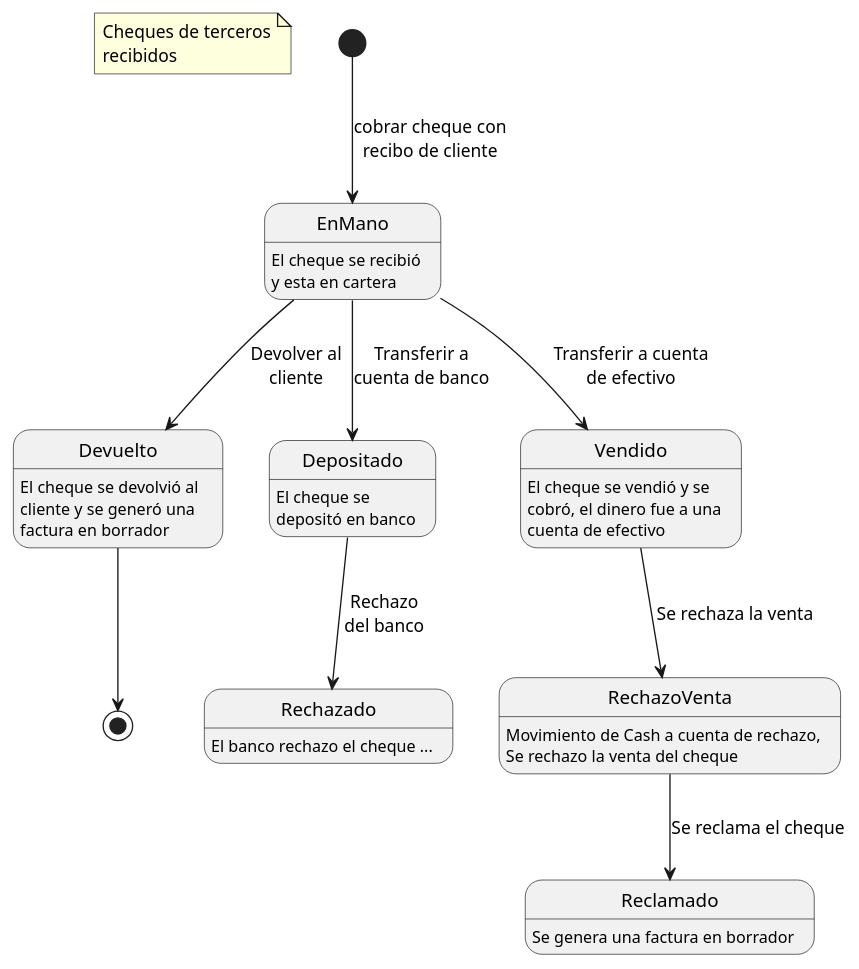
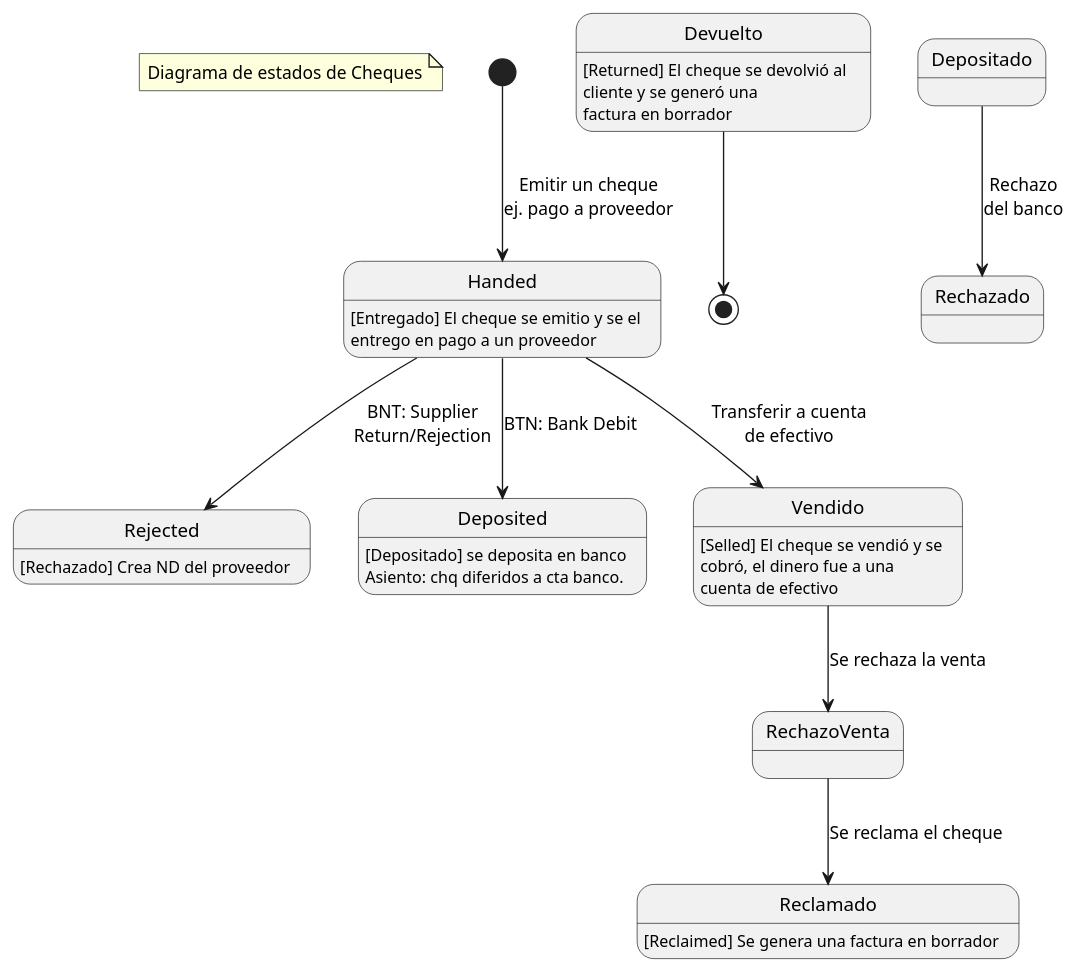
One commit to yasserdjerbi/test changed the diagram in doc/cheques.puml. Above: the diagram before and after it, drawn with PlantUML.

Commit message:
[FIX] documentacion

```diff
--- a/doc/cheques.puml
+++ b/doc/cheques.puml
@@ -1,24 +1,59 @@
 @startuml
 
 ' Cheques de terceros, en desarrollo...
+'        ('draft', 'Draft'),
+'        ('holding', 'Holding'),
+'        ('deposited', 'Deposited'), -------------
+'        ('selled', 'Selled'),      ----------------
+'        ('delivered', 'Delivered'), [Endosado]
+'        ('transfered', 'Transfered'),
+'        ('reclaimed', 'Reclaimed'), ------------
+'        ('withdrawed', 'Withdrawed'),
+'        ('handed', 'Handed'),      -------------
+'        ('rejected', 'Rejected'), --------------
+'        ('debited', 'Debited'),
+'        ('returned', 'Returned'), --------------
+'        ('changed', 'Changed'),
+'        ('cancel', 'Cancel'),
 
-note "Cheques de terceros\nrecibidos" as N1
+'        'holding':   ['draft', 'deposited', 'selled', 'delivered', 'transfered'],
+'        'delivered': ['holding'],
+'        'deposited': ['holding', 'rejected'],
+'        'selled':    ['holding'],
+'        'handed':    ['draft'],
+'        'transfered': ['holding'],
+'        'withdrawed': ['draft'],
+'        'rejected':  ['delivered', 'deposited', 'selled', 'handed'],
+'        'debited':   ['handed'],
+'        'returned':  ['handed', 'holding'],
+'        'changed':   ['handed', 'holding'],
+'        'cancel':    ['draft'],
+'        'reclaimed': ['rejected'],
 
-Devuelto : El cheque se devolvió al \ncliente y se generó una\nfactura en borrador
-EnMano: El cheque se recibió\ny esta en cartera
-Depositado: El cheque se\ndepositó en banco
-Rechazado: El banco rechazo el cheque ...
-Vendido: El cheque se vendió y se\ncobró, el dinero fue a una\ncuenta de efectivo
-RechazoVenta: Movimiento de Cash a cuenta de rechazo,\nSe rechazo la venta del cheque
-Reclamado: Se genera una factura en borrador
+note "Diagrama de estados de Cheques" as N1
 
-[*] --> EnMano : cobrar cheque con\nrecibo de cliente
-EnMano --> Depositado : Transferir a\ncuenta de banco
-EnMano --> Vendido: Transferir a cuenta\nde efectivo
-EnMano --> Devuelto: Devolver al\ncliente
+Handed: [Entregado] El cheque se emitio y se el\nentrego en pago a un proveedor
+Rejected: [Rechazado] Crea ND del proveedor
+Deposited: [Depositado] se deposita en banco\nAsiento: chq diferidos a cta banco.
+
+
+[*] --> Handed : Emitir un cheque\nej. pago a proveedor
+Handed --> Deposited : BTN: Bank Debit
+Handed --> Rejected: BNT: Supplier\nReturn/Rejection
+
+
+
+
+
+
+Devuelto : [Returned] El cheque se devolvió al \ncliente y se generó una\nfactura en borrador
+Vendido: [Selled] El cheque se vendió y se\ncobró, el dinero fue a una\ncuenta de efectivo
+Reclamado: [Reclaimed] Se genera una factura en borrador
+
+Handed --> Vendido: Transferir a cuenta\nde efectivo
 Depositado --> Rechazado : Rechazo\ndel banco
 Devuelto --> [*]
 Vendido --> RechazoVenta : Se rechaza la venta
 RechazoVenta --> Reclamado: Se reclama el cheque
 
 @enduml
```
